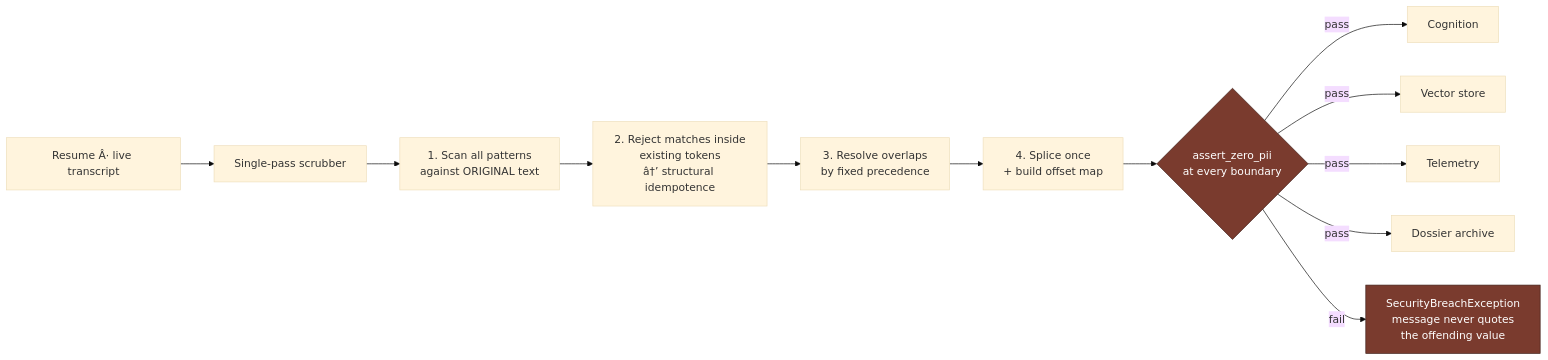
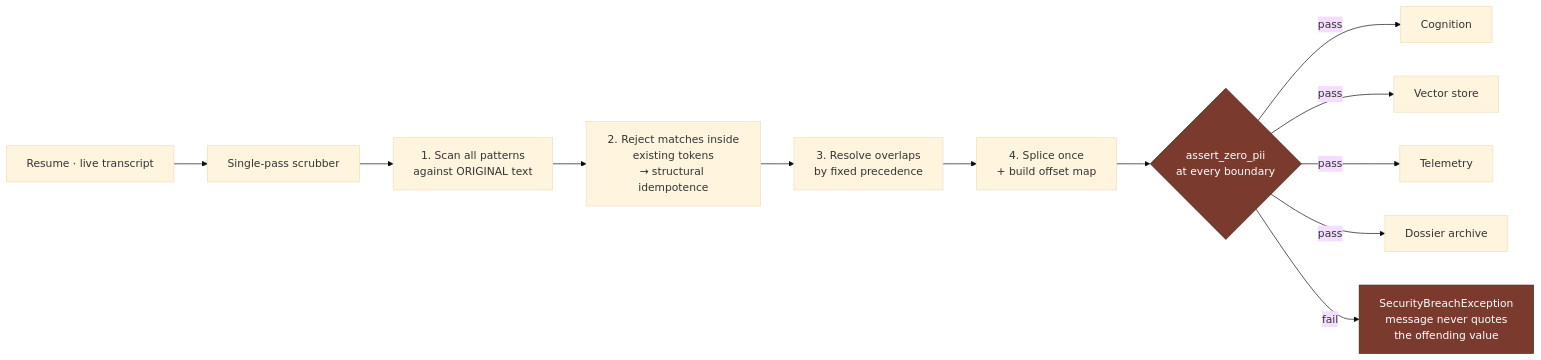
One commit to Oruwe/HR_agent changed the sixth of 8 diagrams in docs/ARCHITECTURE.md. Above: the diagram before and after it, drawn with Mermaid (base theme). The commit also changed other lines of this file and 1 other file, not shown here.

First line of the commit message:
Fix mojibake in README and ARCHITECTURE.md

````diff
--- a/docs/ARCHITECTURE.md
+++ b/docs/ARCHITECTURE.md
@@ -222,19 +222,19 @@
 ```mermaid
 flowchart LR
-    IN["Resume Â· live transcript"] --> S["Single-pass scrubber"]
+    IN["Resume · live transcript"] --> S["Single-pass scrubber"]
 
     S --> S1["1. Scan all patterns<br/>against ORIGINAL text"]
-    S1 --> S2["2. Reject matches inside<br/>existing tokens<br/>â†’ structural idempotence"]
+    S1 --> S2["2. Reject matches inside<br/>existing tokens<br/>→ structural idempotence"]
     S2 --> S3["3. Resolve overlaps<br/>by fixed precedence"]
     S3 --> S4["4. Splice once<br/>+ build offset map"]
 
     S4 --> G{"assert_zero_pii<br/>at every boundary"}
     G -->|pass| LLM["Cognition"]
     G -->|pass| VEC["Vector store"]
     G -->|pass| TEL["Telemetry"]
     G -->|pass| DISK["Dossier archive"]
     G -->|fail| EX["SecurityBreachException<br/>message never quotes<br/>the offending value"]
 
     classDef sec fill:#7a3b2e,stroke:#40201a,color:#fff
     class G,EX sec
 ```
````
